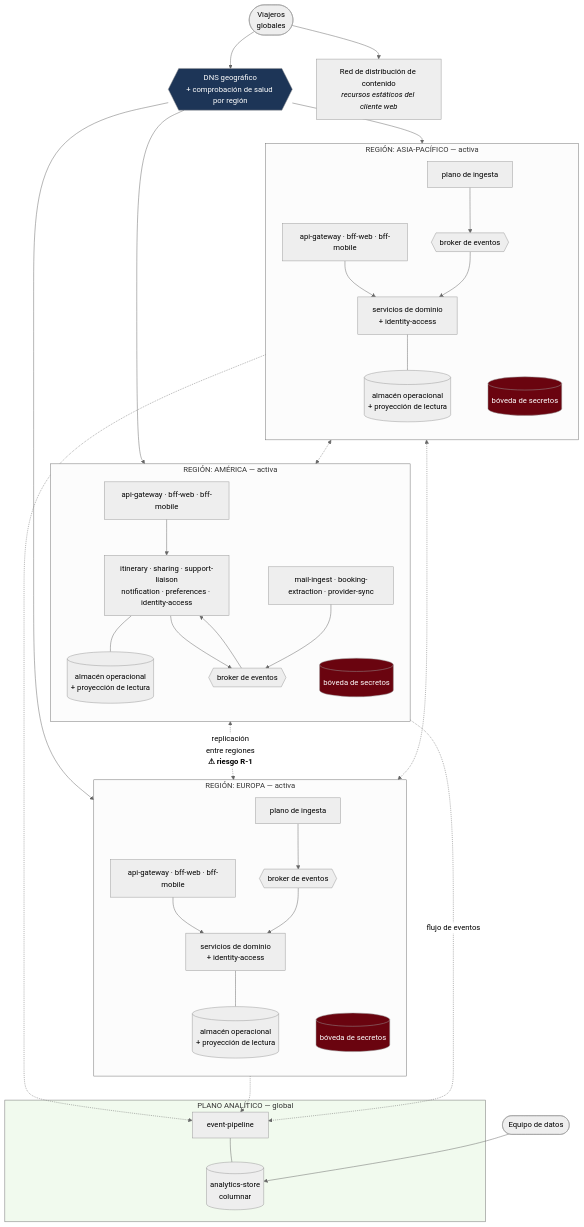
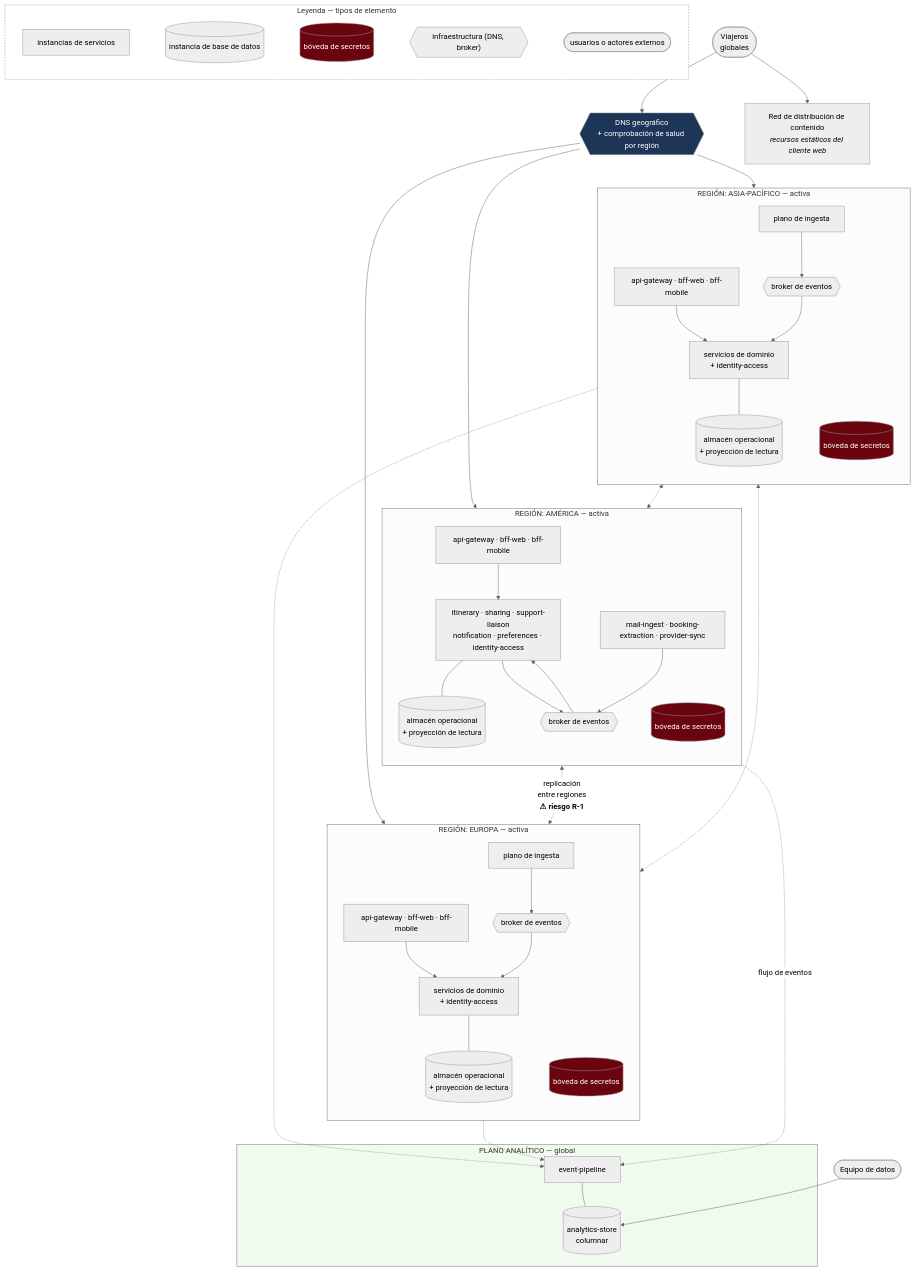
Before and after one commit to JereAguilar1/TPE-ing1: the diagram in docs/04-vistas/vista-despliegue-nivel-1.md, drawn with Mermaid (neutral theme). The commit also changed other lines of this file and 50 other files, not shown here.

````diff
--- a/docs/04-vistas/vista-despliegue-nivel-1.md
+++ b/docs/04-vistas/vista-despliegue-nivel-1.md
@@ -84,4 +84,16 @@
     style AM_V fill:#6a040f,color:#fff
     style EU_V fill:#6a040f,color:#fff
     style AP_V fill:#6a040f,color:#fff
+
+    subgraph LEYENDA["Leyenda — tipos de elemento"]
+        direction LR
+        LEY_INS["instancias de servicios"]
+        LEY_DB[("instancia de base de datos")]
+        LEY_SEC[("bóveda de secretos")]
+        LEY_INF{{"infraestructura (DNS, broker)"}}
+        LEY_EXT(["usuarios o actores externos"])
+        LEY_INS ~~~ LEY_DB ~~~ LEY_SEC ~~~ LEY_INF ~~~ LEY_EXT
+    end
+    style LEY_SEC fill:#6a040f,color:#fff
+    style LEYENDA fill:#ffffff,stroke:#888,stroke-dasharray: 3 3
 ```
````
